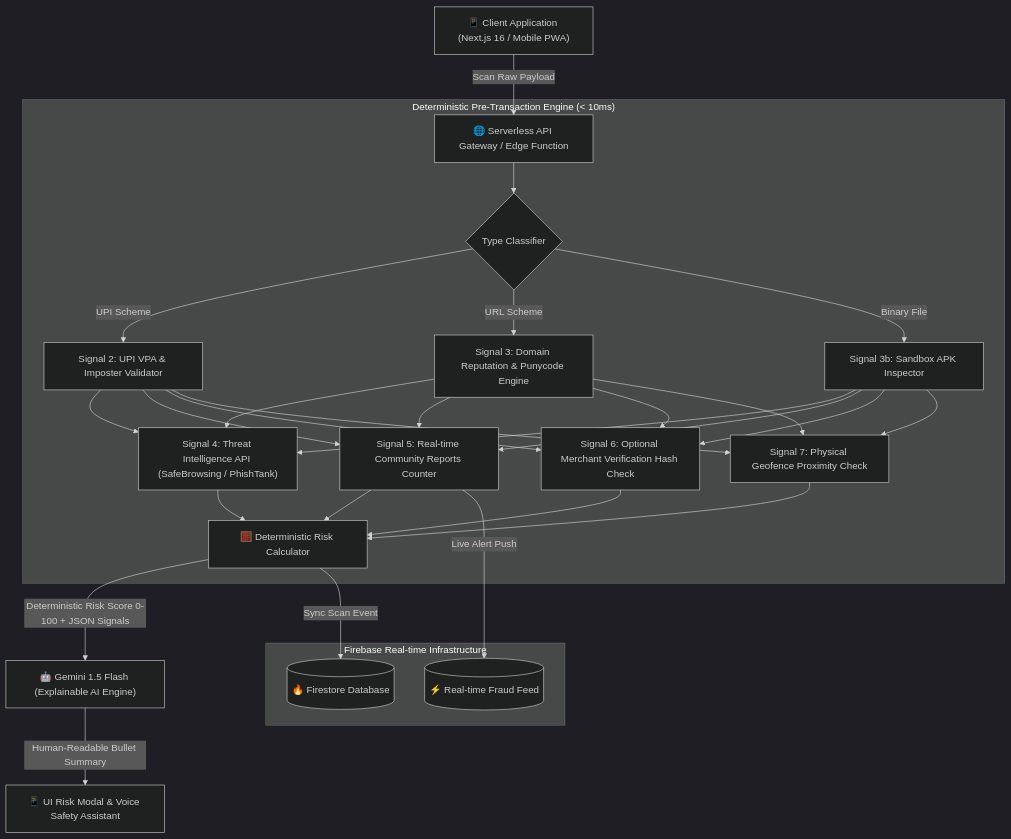
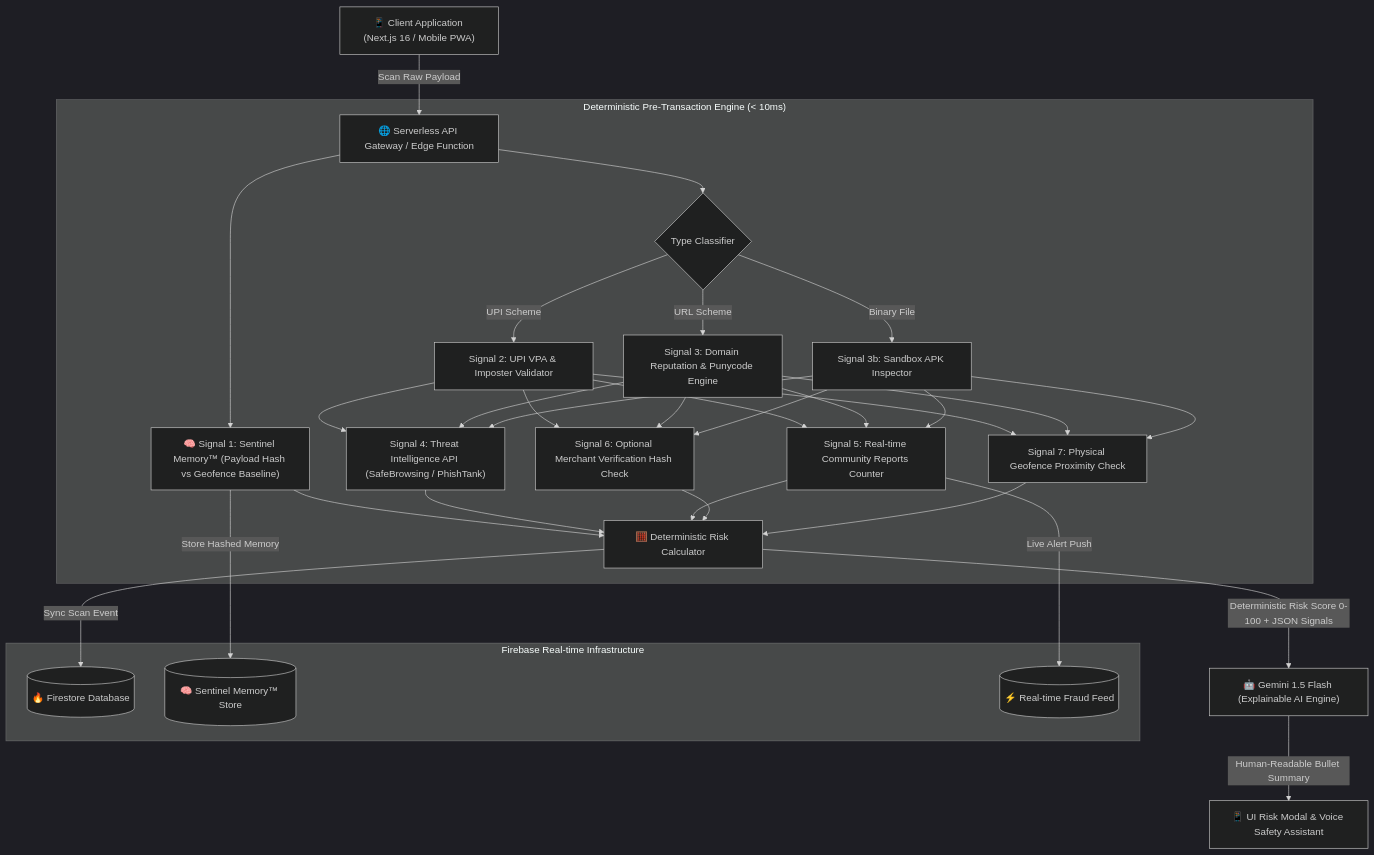
The diagram in docs/SYSTEM_DESIGN_ARCHITECTURE_WIREFRAME.md (thatrasunil/securepe), drawn with Mermaid (dark theme) before and after one commit. The commit also changed other lines of this file and 5 other files, not shown here.

Commit message:
feat: integrate Sentinel Memory™ privacy-preserving trust graph and defensible tamper alerting model

````diff
--- a/docs/SYSTEM_DESIGN_ARCHITECTURE_WIREFRAME.md
+++ b/docs/SYSTEM_DESIGN_ARCHITECTURE_WIREFRAME.md
@@ -11,27 +11,29 @@
 ```mermaid
 graph TD
     Client["📱 Client Application (Next.js 16 / Mobile PWA)"] -->|Scan Raw Payload| Gateway["🌐 Serverless API Gateway / Edge Function"]
     
     subgraph "Deterministic Pre-Transaction Engine (< 10ms)"
+        Gateway --> Memory["🧠 Signal 1: Sentinel Memory™ (Payload Hash vs Geofence Baseline)"]
         Gateway --> Router{"Type Classifier"}
         Router -->|UPI Scheme| UPI["Signal 2: UPI VPA & Imposter Validator"]
         Router -->|URL Scheme| Web["Signal 3: Domain Reputation & Punycode Engine"]
         Router -->|Binary File| APK["Signal 3b: Sandbox APK Inspector"]
         
         UPI & Web & APK --> Intel["Signal 4: Threat Intelligence API (SafeBrowsing / PhishTank)"]
         UPI & Web & APK --> Community["Signal 5: Real-time Community Reports Counter"]
         UPI & Web & APK --> Merchant["Signal 6: Optional Merchant Verification Hash Check"]
         UPI & Web & APK --> Geo["Signal 7: Physical Geofence Proximity Check"]
         
-        Intel & Community & Merchant & Geo --> Evaluator["🧮 Deterministic Risk Calculator"]
+        Memory & Intel & Community & Merchant & Geo --> Evaluator["🧮 Deterministic Risk Calculator"]
     end
 
     Evaluator -->|Deterministic Risk Score 0-100 + JSON Signals| AI["🤖 Gemini 1.5 Flash (Explainable AI Engine)"]
     
     subgraph "Firebase Real-time Infrastructure"
         Evaluator -->|Sync Scan Event| Firestore[("🔥 Firestore Database")]
+        Memory -->|Store Hashed Memory| TrustMemory[("🧠 Sentinel Memory™ Store")]
         Community -->|Live Alert Push| RealtimeFeed[("⚡ Real-time Fraud Feed")]
     end
     
     AI -->|Human-Readable Bullet Summary| Card["📱 UI Risk Modal & Voice Safety Assistant"]
 ```
````
